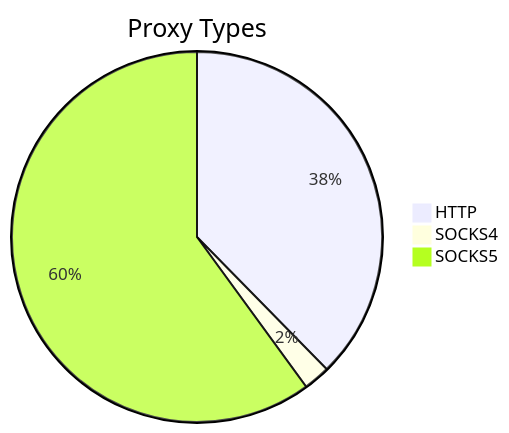
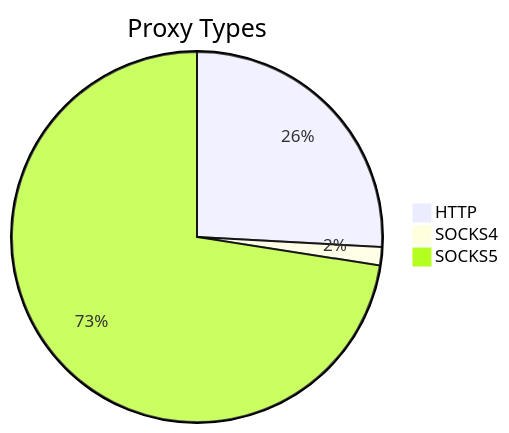
Before and after one commit to stormsia/proxy-list: the first of 2 diagrams in README.md, drawn with Mermaid. The commit also changed other lines of this file, not shown here.

````diff
--- a/README.md
+++ b/README.md
@@ -21,6 +21,6 @@
 ```mermaid
 pie title Proxy Types
     "HTTP" : 276
     "SOCKS4" : 17
-    "SOCKS5" : 440
+    "SOCKS5" : 774
 ```
````
